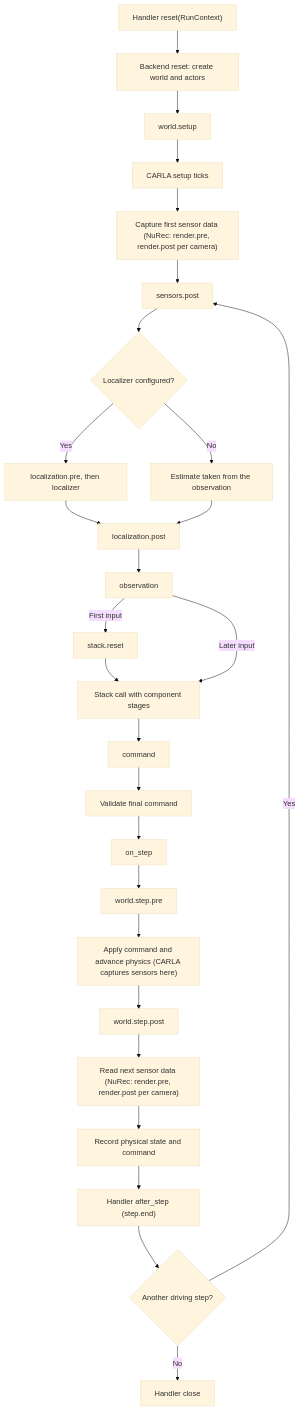
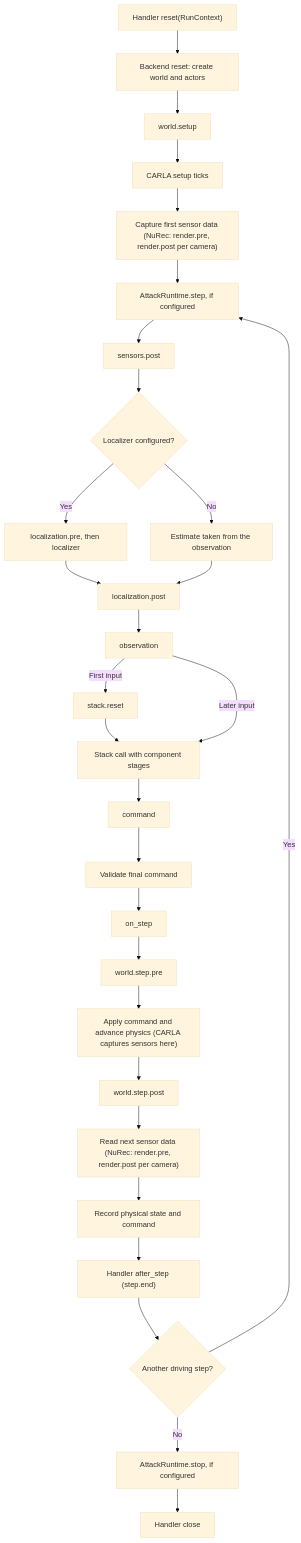
The diagram in docs/reference/runtime.md (AVSecProject/AVSecTester), drawn with Mermaid (base theme) before and after one commit. The commit also changed other lines of this file and 40 other files, not shown here.

````diff
--- a/docs/reference/runtime.md
+++ b/docs/reference/runtime.md
@@ -204,29 +221,31 @@
 ```mermaid
 flowchart TD
     RESET["Handler reset(RunContext)"] --> WORLD[Backend reset: create world and actors]
     WORLD --> SETUP[world.setup]
     SETUP --> TICKS[CARLA setup ticks]
     TICKS --> CAPTURE["Capture first sensor data (NuRec: render.pre, render.post per camera)"]
-    CAPTURE --> SENSOR[sensors.post]
+    CAPTURE --> ASTEP["AttackRuntime.step, if configured"]
+    ASTEP --> SENSOR[sensors.post]
     SENSOR --> LOCQ{Localizer configured?}
     LOCQ -->|Yes| LPRE[localization.pre, then localizer]
     LOCQ -->|No| IDEAL[Estimate taken from the observation]
     LPRE --> LPOST[localization.post]
     IDEAL --> LPOST
     LPOST --> OBS[observation]
     OBS -->|First input| INIT[stack.reset]
     INIT --> STACK[Stack call with component stages]
     OBS -->|Later input| STACK
     STACK --> CMD[command]
     CMD --> VALIDATE[Validate final command]
     VALIDATE --> MON[on_step]
     MON --> PRE[world.step.pre]
     PRE --> PHYS["Apply command and advance physics (CARLA captures sensors here)"]
     PHYS --> POST[world.step.post]
     POST --> NEXT["Read next sensor data (NuRec: render.pre, render.post per camera)"]
     NEXT --> REC[Record physical state and command]
     REC --> FEEDBACK["Handler after_step (step.end)"]
     FEEDBACK --> MORE{Another driving step?}
-    MORE -->|Yes| SENSOR
-    MORE -->|No| CLOSE[Handler close]
+    MORE -->|Yes| ASTEP
+    MORE -->|No| STOP["AttackRuntime.stop, if configured"]
+    STOP --> CLOSE[Handler close]
 ```
````
